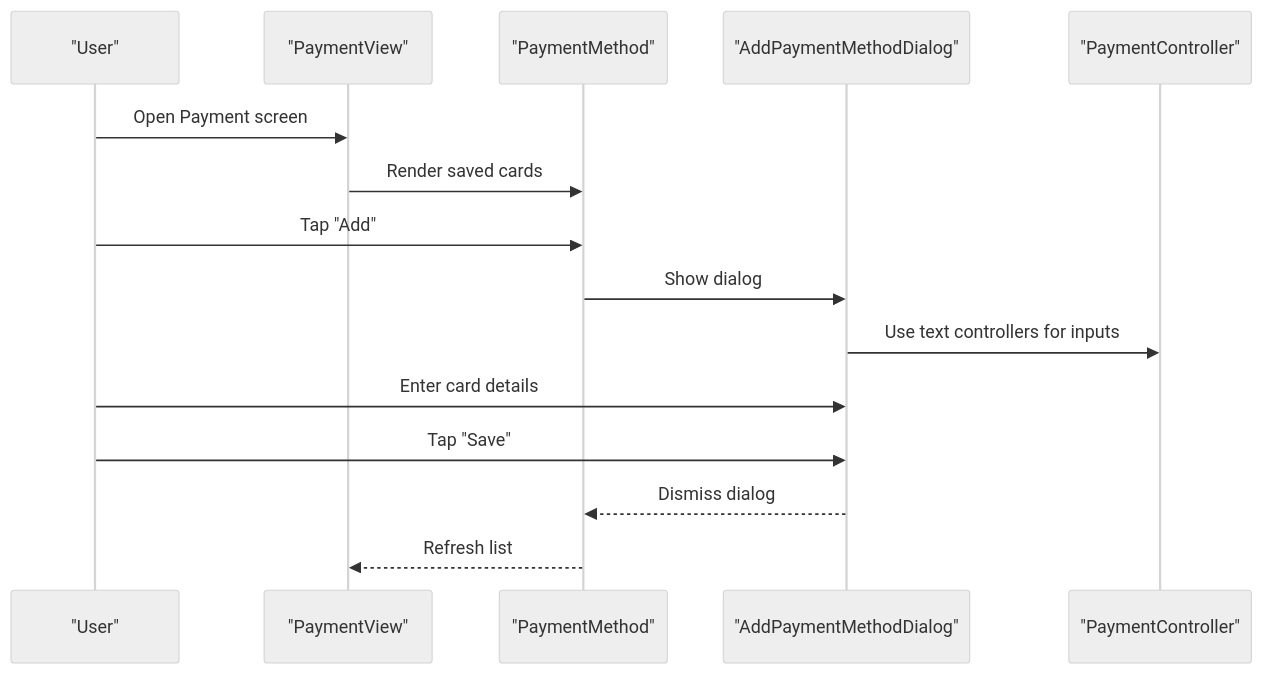
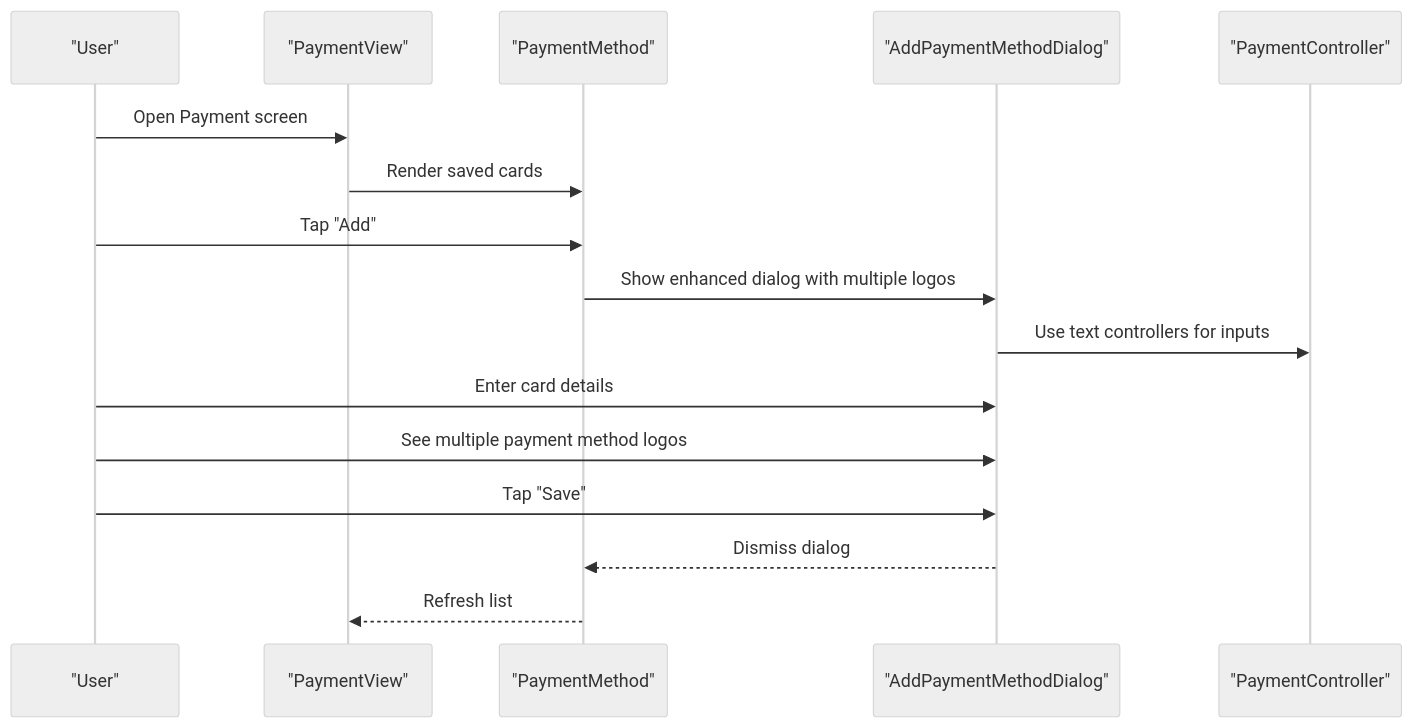
Before and after one commit to Ariful3111/FurniGo: the fifth of 8 diagrams in .qoder/repowiki/en/content/Core Features/E-commerce Platform/Payment Processing System.md, drawn with Mermaid (neutral theme). The commit also changed other lines of this file and 10 other files, not shown here.

````diff
--- a/.qoder/repowiki/en/content/Core Features/E-commerce Platform/Payment Processing System.md
+++ b/.qoder/repowiki/en/content/Core Features/E-commerce Platform/Payment Processing System.md
@@ -261,17 +344,18 @@
 ```mermaid
 sequenceDiagram
 participant U as "User"
 participant PV as "PaymentView"
 participant PM as "PaymentMethod"
 participant APMD as "AddPaymentMethodDialog"
 participant PC as "PaymentController"
 U->>PV : Open Payment screen
 PV->>PM : Render saved cards
 U->>PM : Tap "Add"
-PM->>APMD : Show dialog
+PM->>APMD : Show enhanced dialog with multiple logos
 APMD->>PC : Use text controllers for inputs
 U->>APMD : Enter card details
+U->>APMD : See multiple payment method logos
 U->>APMD : Tap "Save"
 APMD-->>PM : Dismiss dialog
 PM-->>PV : Refresh list
 ```
````
